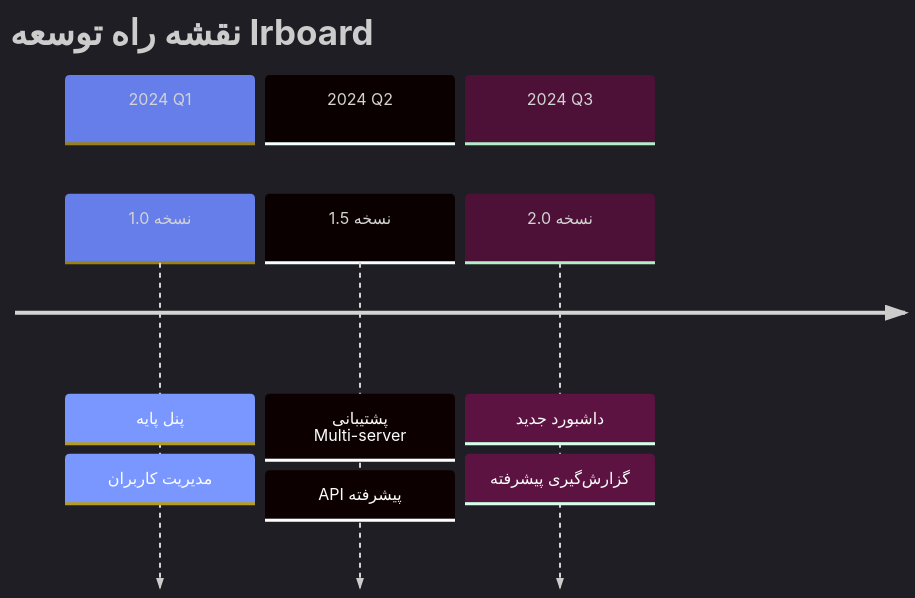
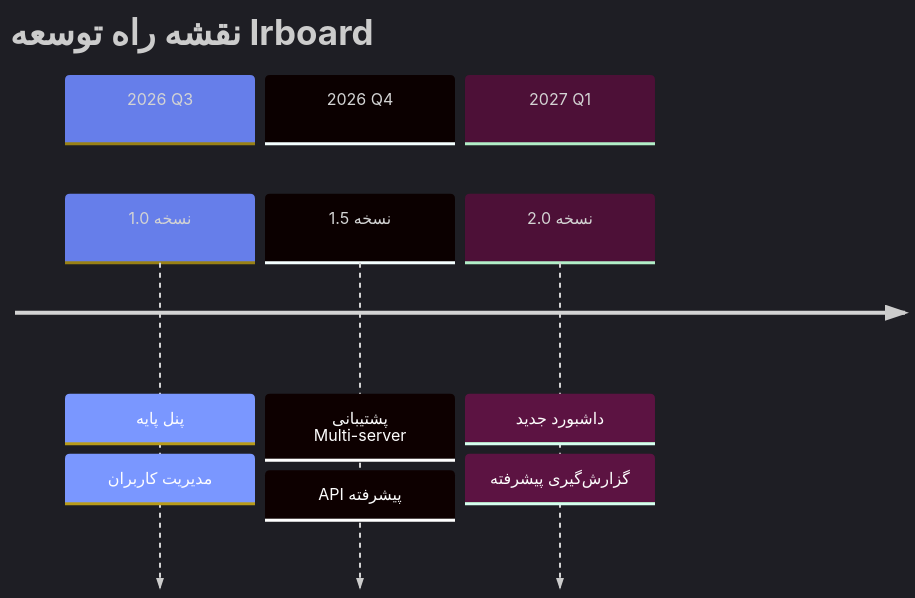
The diagram in readme.md (PoriyaVali/Irboard), drawn with Mermaid before and after one commit. The commit also changed other lines of this file, not shown here.

Commit message:
docs: fix readme (branch main, Laravel 8.x, dead links, roadmap)

````diff
--- a/readme.md
+++ b/readme.md
@@ -163,14 +165,14 @@
 ```mermaid
 %%{init: {'theme': 'dark', 'themeVariables': { 'primaryColor': '#667eea', 'secondaryColor': '#764ba2'}}}%%
 timeline
     title نقشه راه توسعه Irboard
-    section 2024 Q1
+    section 2026 Q3
         نسخه 1.0 : پنل پایه
                   : مدیریت کاربران
-    section 2024 Q2
+    section 2026 Q4
         نسخه 1.5 : پشتیبانی Multi-server
                   : API پیشرفته
-    section 2024 Q3
+    section 2027 Q1
         نسخه 2.0 : داشبورد جدید
                   : گزارش‌گیری پیشرفته
 ```
````
